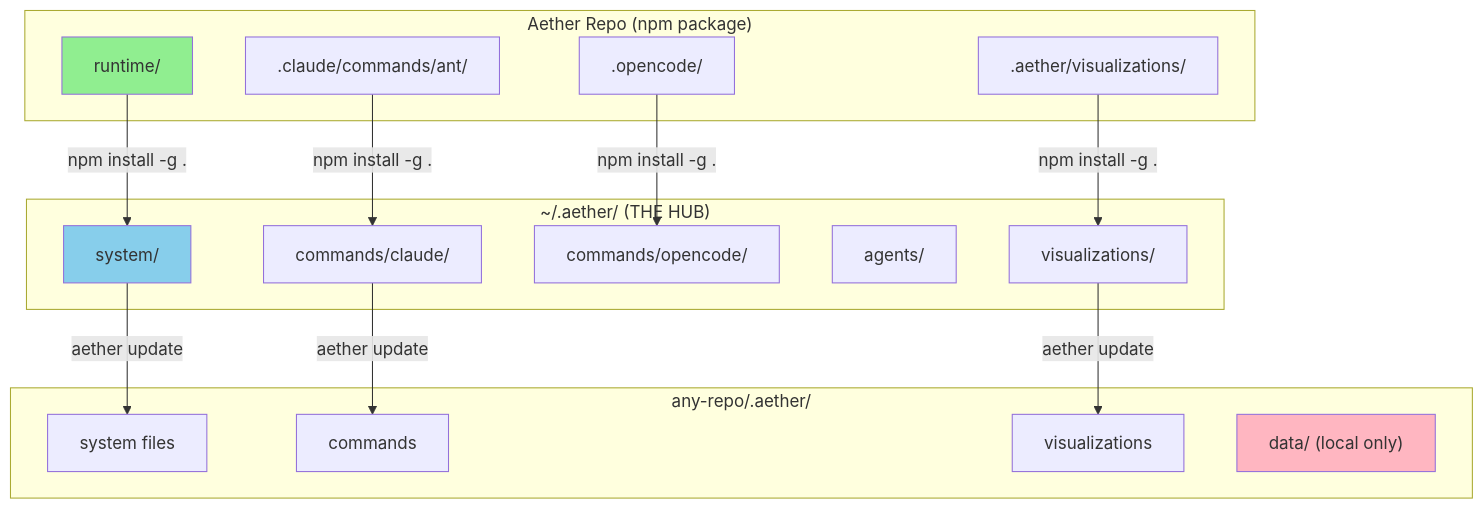
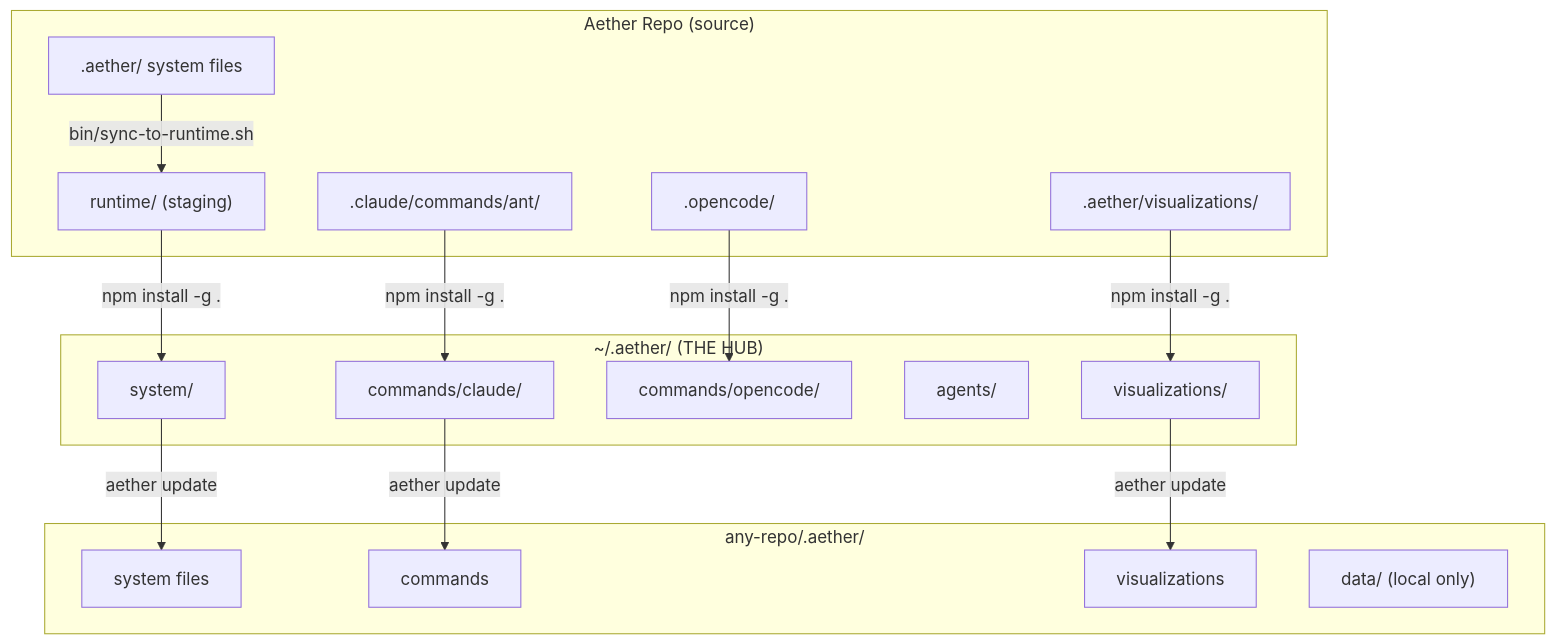
The first of 4 diagrams in RUNTIME UPDATE ARCHITECTURE.md (calcosmic/Aether), drawn with Mermaid before and after one commit. The commit also changed other lines of this file and 36 other files, not shown here.

First line of the commit message:
refactor: flip source of truth from runtime/ to .aether/

````diff
--- a/RUNTIME UPDATE ARCHITECTURE.md
+++ b/RUNTIME UPDATE ARCHITECTURE.md
@@ -29,37 +28,35 @@
 ```mermaid
 flowchart TB
-    subgraph AetherRepo["Aether Repo (npm package)"]
-        RT["runtime/"]
+    subgraph AetherRepo["Aether Repo (source)"]
+        AE[".aether/ system files"]
         CC[".claude/commands/ant/"]
         OC[".opencode/"]
         VIS[".aether/visualizations/"]
+        RT["runtime/ (staging)"]
     end
 
     subgraph Hub["~/.aether/ (THE HUB)"]
         HS["system/"]
         HC["commands/claude/"]
         HO["commands/opencode/"]
         HA["agents/"]
         HV["visualizations/"]
     end
 
     subgraph AnyRepo["any-repo/.aether/"]
         RS["system files"]
         RC["commands"]
         RV["visualizations"]
         RD["data/ (local only)"]
     end
 
+    AE -->|"bin/sync-to-runtime.sh"| RT
     RT -->|"npm install -g ."| HS
     CC -->|"npm install -g ."| HC
     OC -->|"npm install -g ."| HO
     VIS -->|"npm install -g ."| HV
 
     HS -->|"aether update"| RS
     HC -->|"aether update"| RC
     HV -->|"aether update"| RV
-
-    style RT fill:#90EE90
-    style HS fill:#87CEEB
-    style RD fill:#FFB6C1
 ```
````
